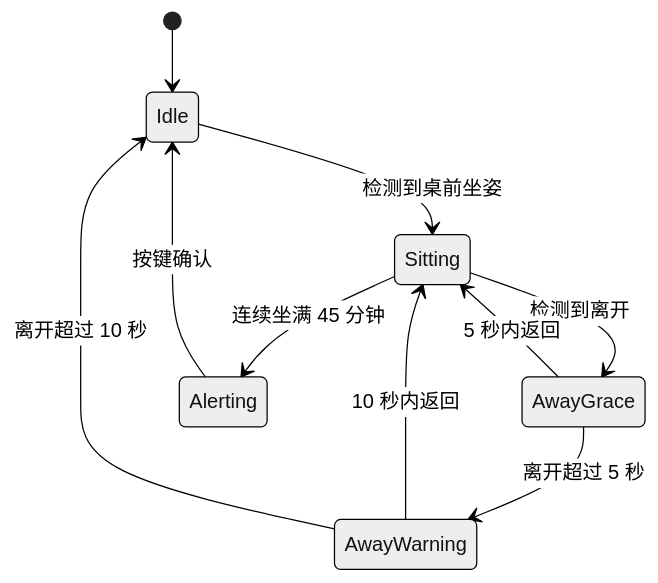
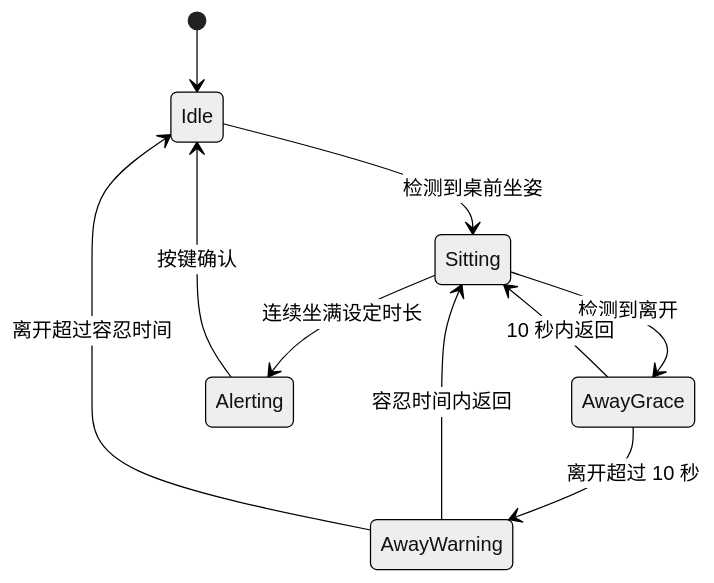
Before and after one commit to Muye2026/Bell-Robot: the second of 2 diagrams in embedded/docs/architecture.md, drawn with Mermaid (neutral theme). The commit also changed other lines of this file and 4 other files, not shown here.

````diff
--- a/embedded/docs/architecture.md
+++ b/embedded/docs/architecture.md
@@ -31,12 +31,12 @@
 ```mermaid
 stateDiagram-v2
   [*] --> Idle
   Idle --> Sitting: 检测到桌前坐姿
   Sitting --> AwayGrace: 检测到离开
-  AwayGrace --> Sitting: 5 秒内返回
-  AwayGrace --> AwayWarning: 离开超过 5 秒
-  AwayWarning --> Sitting: 10 秒内返回
-  AwayWarning --> Idle: 离开超过 10 秒
-  Sitting --> Alerting: 连续坐满 45 分钟
+  AwayGrace --> Sitting: 10 秒内返回
+  AwayGrace --> AwayWarning: 离开超过 10 秒
+  AwayWarning --> Sitting: 容忍时间内返回
+  AwayWarning --> Idle: 离开超过容忍时间
+  Sitting --> Alerting: 连续坐满设定时长
   Alerting --> Idle: 按键确认
 ```
````
